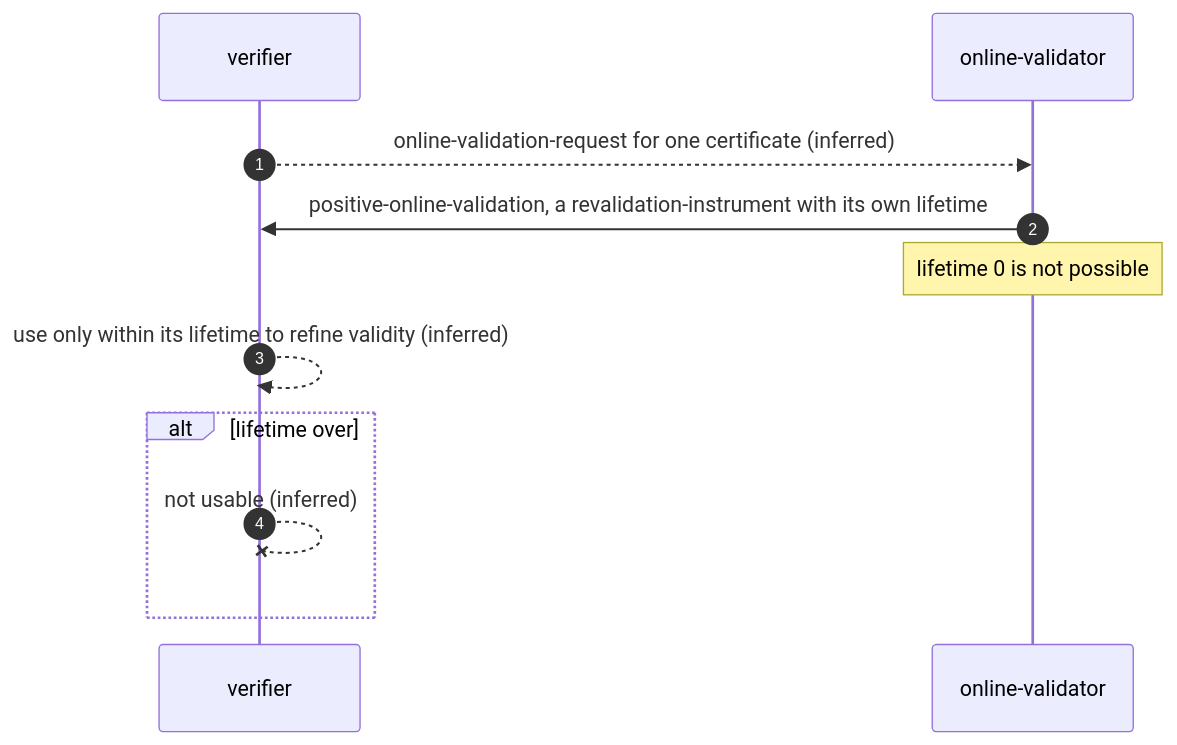
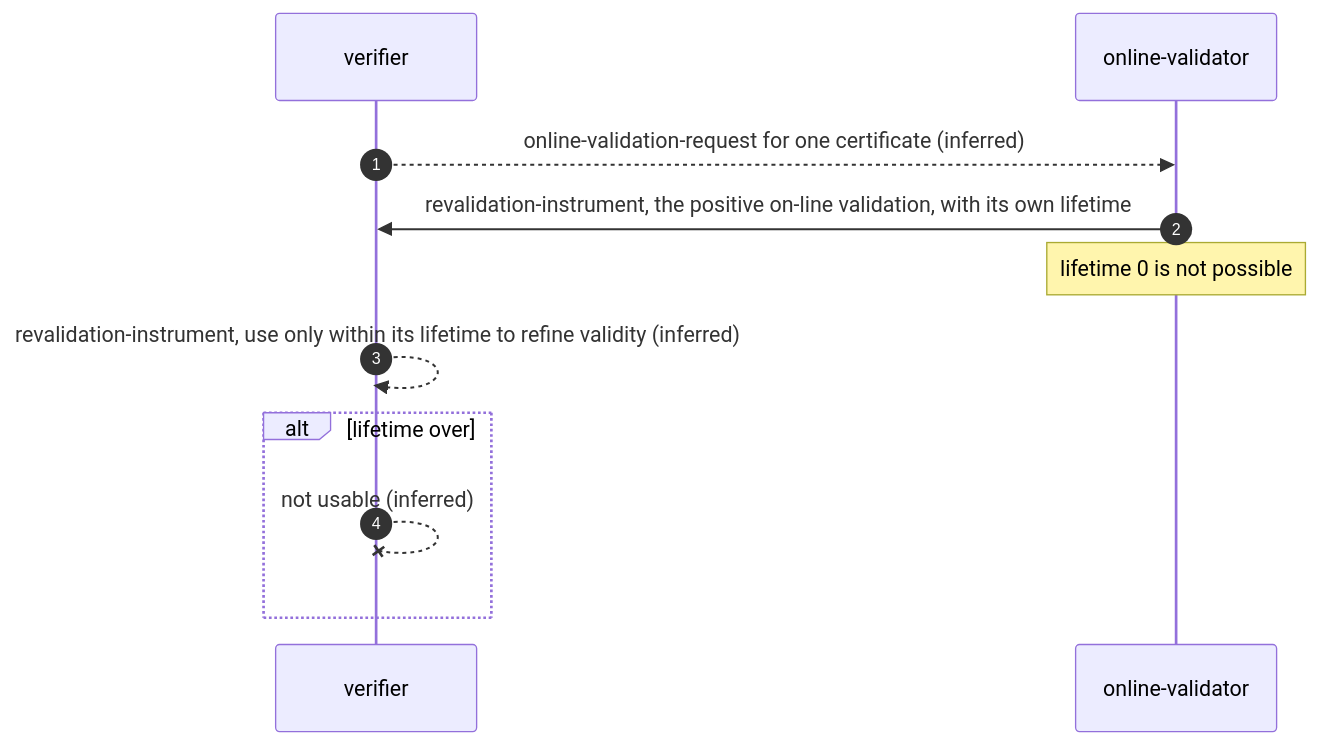
One commit to m-of-n/library changed diagram 11 of 26 in records/ietf/rfc-2692/distilled/protocol.md. Above: the diagram before and after it, drawn with Mermaid. The commit also changed other lines of this file and 9 other files, not shown here.

````diff
--- a/records/ietf/rfc-2692/distilled/protocol.md
+++ b/records/ietf/rfc-2692/distilled/protocol.md
@@ -371,13 +383,13 @@
 ```mermaid
 sequenceDiagram
   autonumber
   participant V as verifier
   participant O as online-validator
   V-->>O: online-validation-request for one certificate (inferred)
-  O->>V: positive-online-validation, a revalidation-instrument with its own lifetime
+  O->>V: revalidation-instrument, the positive on-line validation, with its own lifetime
   Note over O: lifetime 0 is not possible
-  V-->>V: use only within its lifetime to refine validity (inferred)
+  V-->>V: revalidation-instrument, use only within its lifetime to refine validity (inferred)
   alt lifetime over
     V--xV: not usable (inferred)
   end
 ```
````
